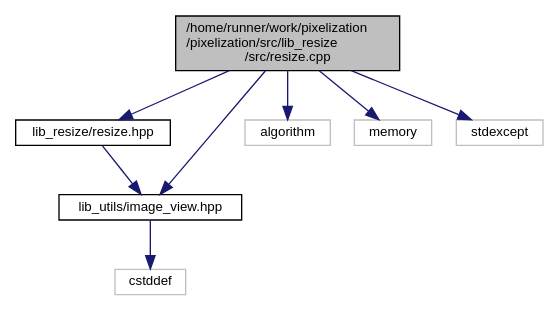
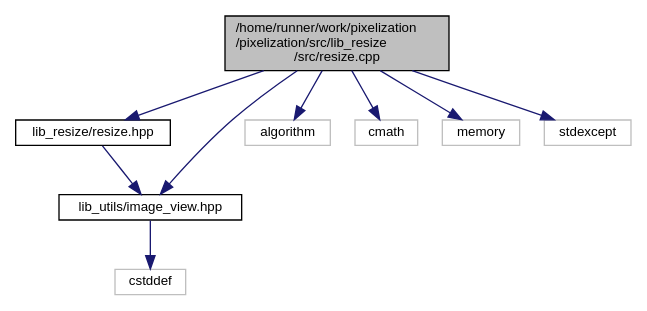
The diagram in resize_8cpp__incl.dot (lukki15/pixelization), drawn with Graphviz before and after one commit. The commit also changed 2 other files, not shown here.

```diff
--- a/resize_8cpp__incl.dot
+++ b/resize_8cpp__incl.dot
@@ -1,20 +1,22 @@
 digraph "/home/runner/work/pixelization/pixelization/src/lib_resize/src/resize.cpp"
 {
  // LATEX_PDF_SIZE
   edge [fontname="Helvetica",fontsize="10",labelfontname="Helvetica",labelfontsize="10"];
   node [fontname="Helvetica",fontsize="10",shape=record];
   Node1 [label="/home/runner/work/pixelization\l/pixelization/src/lib_resize\l/src/resize.cpp",height=0.2,width=0.4,color="black", fillcolor="grey75", style="filled", fontcolor="black",tooltip=" "];
   Node1 -> Node2 [color="midnightblue",fontsize="10",style="solid",fontname="Helvetica"];
   Node2 [label="lib_resize/resize.hpp",height=0.2,width=0.4,color="black", fillcolor="white", style="filled",URL="$resize_8hpp.html",tooltip=" "];
   Node2 -> Node3 [color="midnightblue",fontsize="10",style="solid",fontname="Helvetica"];
   Node3 [label="lib_utils/image_view.hpp",height=0.2,width=0.4,color="black", fillcolor="white", style="filled",URL="$image__view_8hpp.html",tooltip=" "];
   Node3 -> Node4 [color="midnightblue",fontsize="10",style="solid",fontname="Helvetica"];
   Node4 [label="cstddef",height=0.2,width=0.4,color="grey75", fillcolor="white", style="filled",tooltip=" "];
   Node1 -> Node3 [color="midnightblue",fontsize="10",style="solid",fontname="Helvetica"];
   Node1 -> Node5 [color="midnightblue",fontsize="10",style="solid",fontname="Helvetica"];
   Node5 [label="algorithm",height=0.2,width=0.4,color="grey75", fillcolor="white", style="filled",tooltip=" "];
   Node1 -> Node6 [color="midnightblue",fontsize="10",style="solid",fontname="Helvetica"];
-  Node6 [label="memory",height=0.2,width=0.4,color="grey75", fillcolor="white", style="filled",tooltip=" "];
+  Node6 [label="cmath",height=0.2,width=0.4,color="grey75", fillcolor="white", style="filled",tooltip=" "];
   Node1 -> Node7 [color="midnightblue",fontsize="10",style="solid",fontname="Helvetica"];
-  Node7 [label="stdexcept",height=0.2,width=0.4,color="grey75", fillcolor="white", style="filled",tooltip=" "];
+  Node7 [label="memory",height=0.2,width=0.4,color="grey75", fillcolor="white", style="filled",tooltip=" "];
+  Node1 -> Node8 [color="midnightblue",fontsize="10",style="solid",fontname="Helvetica"];
+  Node8 [label="stdexcept",height=0.2,width=0.4,color="grey75", fillcolor="white", style="filled",tooltip=" "];
 }
```
